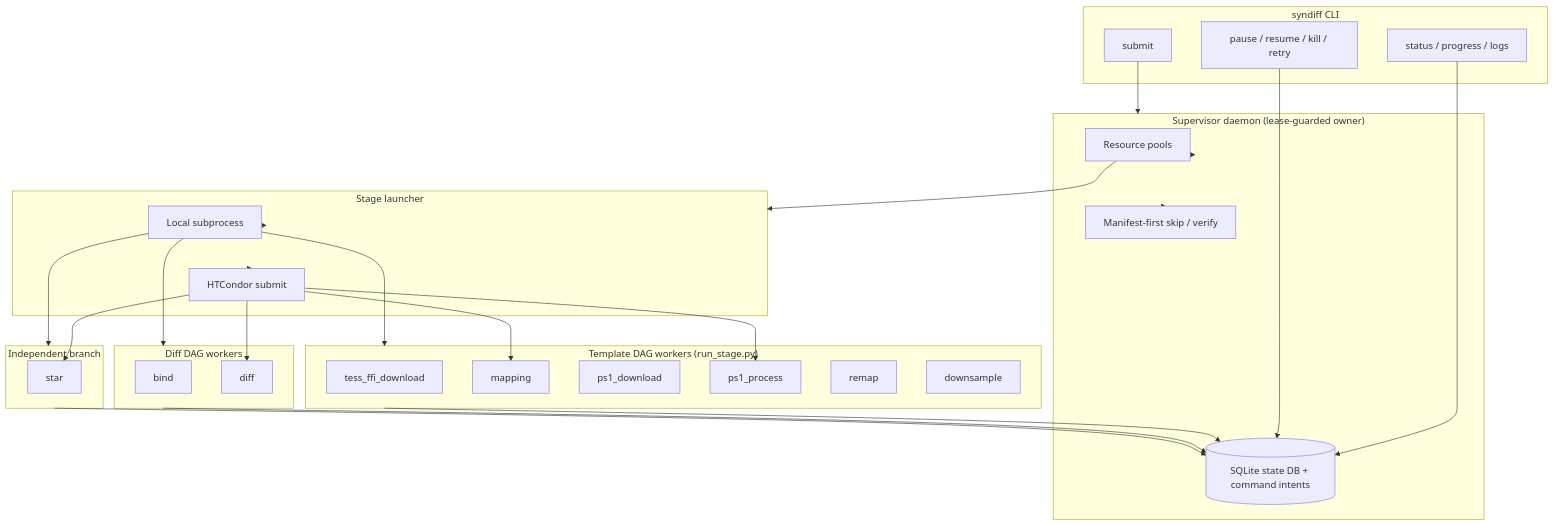
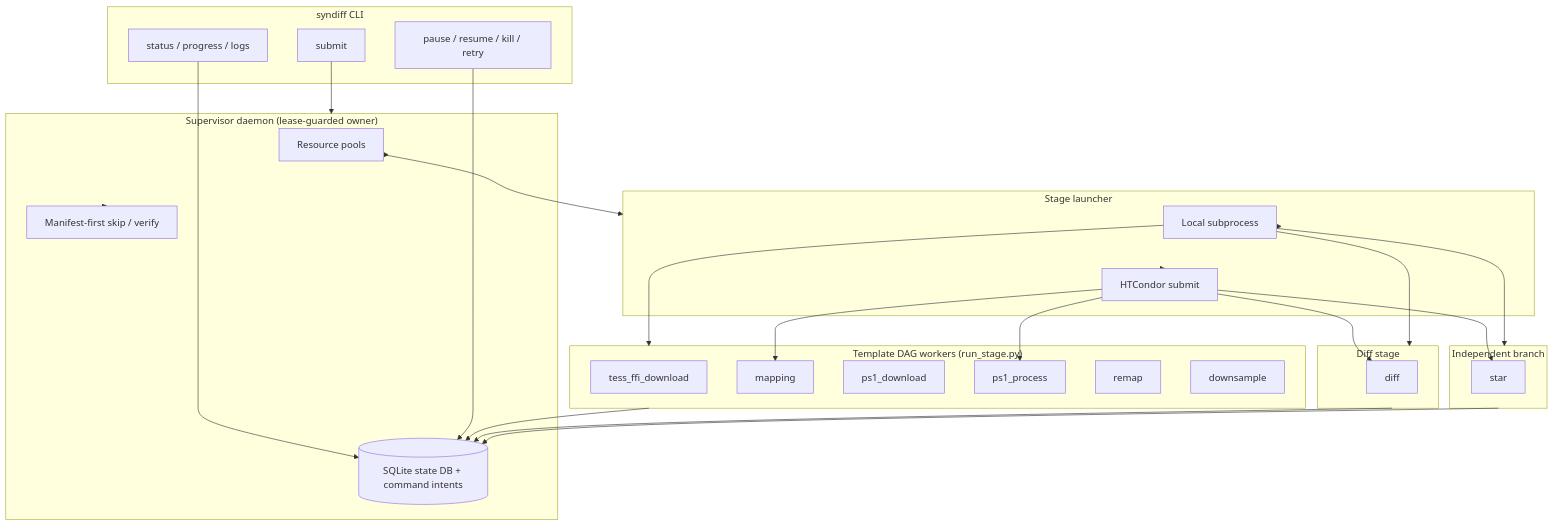
One commit to zoutei/TSST_syndiff_pipeline changed the diagram in docs/markdown/template_pipeline.md. Above: the diagram before and after it, drawn with Mermaid. The commit also changed other lines of this file and 16 other files, not shown here.

````diff
--- a/docs/markdown/template_pipeline.md
+++ b/docs/markdown/template_pipeline.md
@@ -157,56 +152,55 @@
 ```mermaid
 flowchart TB
     subgraph CLI["syndiff CLI"]
         submit[submit]
         monitor[status / progress / logs]
         control[pause / resume / kill / retry]
     end
 
     subgraph Daemon["Supervisor daemon (lease-guarded owner)"]
         pools[Resource pools]
         sqlite[(SQLite state DB + command intents)]
         skip[Manifest-first skip / verify]
     end
 
     subgraph Launch["Stage launcher"]
         local[Local subprocess]
         condor[HTCondor submit]
     end
 
     subgraph TemplateStages["Template DAG workers (run_stage.py)"]
         s1[tess_ffi_download]
         s3[mapping]
         s4[ps1_download]
         s5[ps1_process]
         s5b[remap]
         s6[downsample]
     end
 
-    subgraph DiffStages["Diff DAG workers"]
-        s2[bind]
+    subgraph DiffStages["Diff stage"]
         s7[diff]
     end
 
     subgraph StarStage["Independent branch"]
         s8[star]
     end
 
     submit --> Daemon
     monitor --> sqlite
     control --> sqlite
     Daemon --> pools
     Daemon --> skip
     pools --> Launch
     Launch --> local
     Launch --> condor
     local --> TemplateStages
     local --> DiffStages
     local --> StarStage
     condor --> s3
     condor --> s5
     condor --> s7
     condor --> s8
     TemplateStages --> sqlite
     DiffStages --> sqlite
     StarStage --> sqlite
 ```
````
